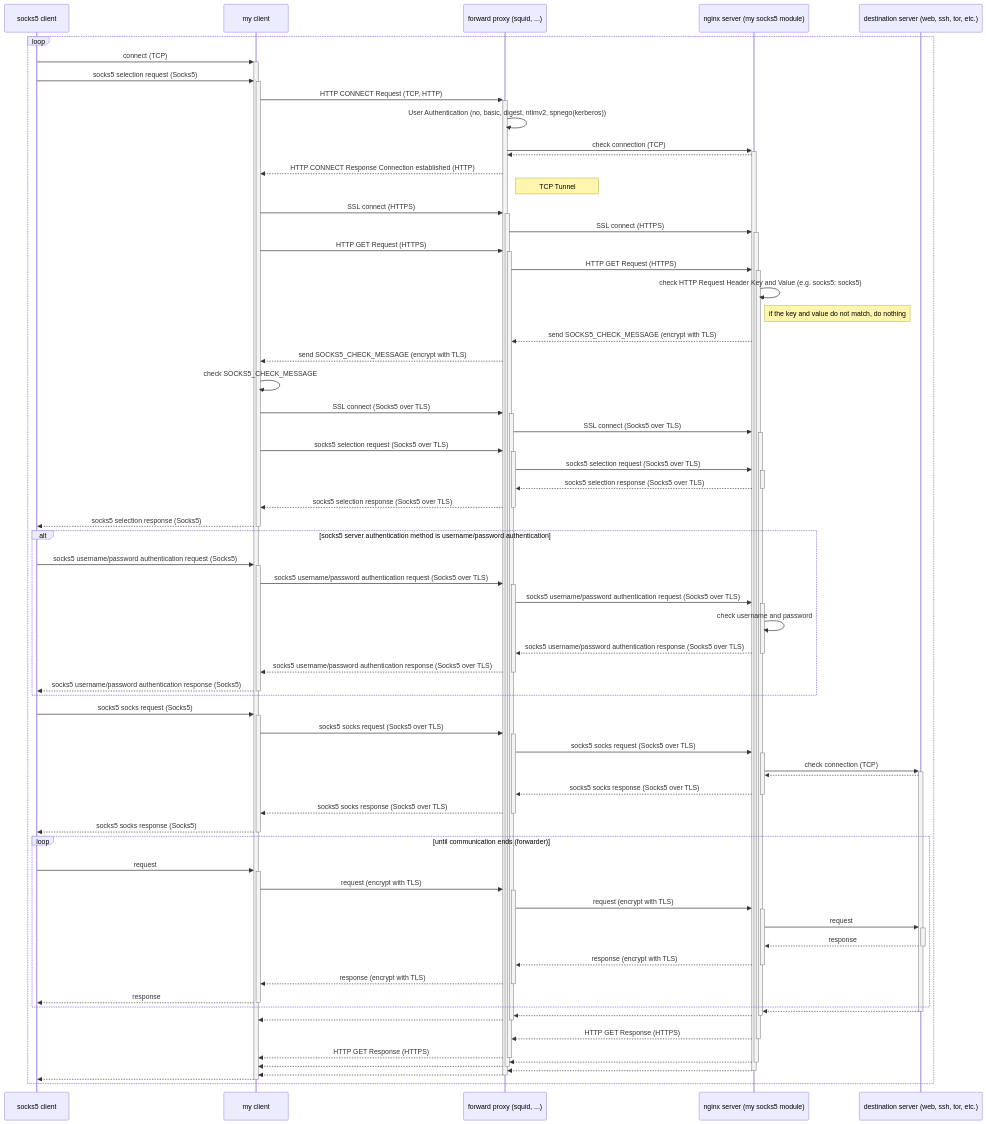
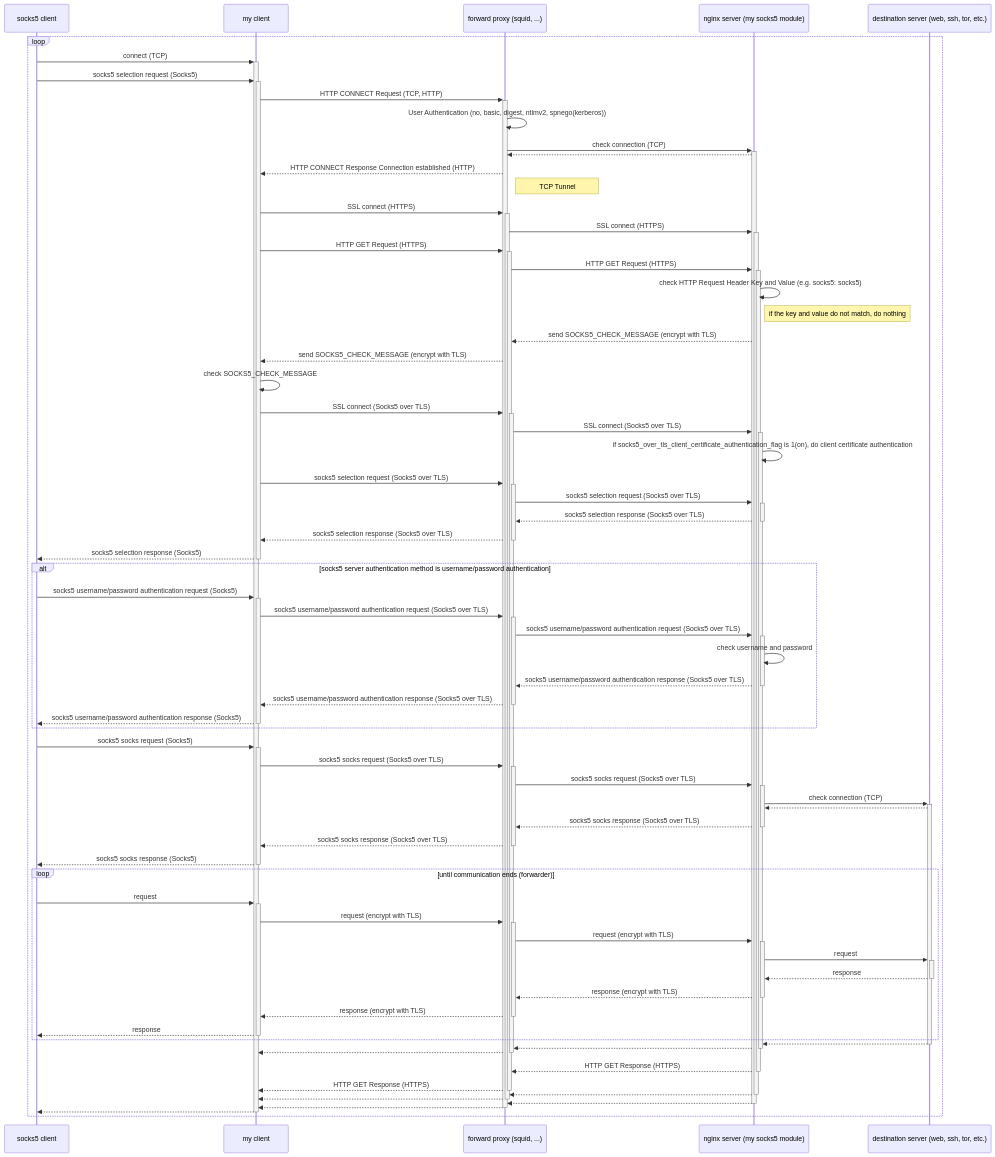
The third of 4 diagrams in README.md (shuichiro-endo/socks5-nginx-module-v2), drawn with Mermaid before and after one commit. The commit also changed other lines of this file and 7 other files, not shown here.

Commit message:
add client certificate authentication (socks5 over tls)

````diff
--- a/README.md
+++ b/README.md
@@ -124,71 +126,72 @@
 ```mermaid
 sequenceDiagram
     participant A as socks5 client
     participant B as my client
     participant C as forward proxy (squid, ...)
     participant D as nginx server (my socks5 module)
     participant E as destination server (web, ssh, tor, etc.)
     loop 
         A->>+B: connect (TCP)
         A->>+B: socks5 selection request (Socks5)
         B->>+C: HTTP CONNECT Request (TCP, HTTP)
         C->>C: User Authentication (no, basic, digest, ntlmv2, spnego(kerberos))
         C->>+D: check connection (TCP)
         D-->>C: 
         C-->>B: HTTP CONNECT Response Connection established (HTTP)
         note right of C: TCP Tunnel
         B->>+C: SSL connect (HTTPS)
         C->>+D: SSL connect (HTTPS)
         B->>+C: HTTP GET Request (HTTPS)
         C->>+D: HTTP GET Request (HTTPS)
         D->>D: check HTTP Request Header Key and Value (e.g. socks5: socks5)
         note right of D: if the key and value do not match, do nothing
         D-->>C: send SOCKS5_CHECK_MESSAGE (encrypt with TLS)
         C-->>B: send SOCKS5_CHECK_MESSAGE (encrypt with TLS)
         B->>B: check SOCKS5_CHECK_MESSAGE
         B->>+C: SSL connect (Socks5 over TLS)
         C->>+D: SSL connect (Socks5 over TLS)
+        D->>D: if socks5_over_tls_client_certificate_authentication_flag is 1(on), do client certificate authentication
         B->>+C: socks5 selection request (Socks5 over TLS)
         C->>+D: socks5 selection request (Socks5 over TLS)
         D-->>-C: socks5 selection response (Socks5 over TLS)
         C-->>-B: socks5 selection response (Socks5 over TLS)
         B-->>-A: socks5 selection response (Socks5)
         alt socks5 server authentication method is username/password authentication
         A->>+B: socks5 username/password authentication request (Socks5)
         B->>+C: socks5 username/password authentication request (Socks5 over TLS)
         C->>+D: socks5 username/password authentication request (Socks5 over TLS)
         D->>D: check username and password
         D-->>-C: socks5 username/password authentication response (Socks5 over TLS)
         C-->>-B: socks5 username/password authentication response (Socks5 over TLS)
         B-->>-A: socks5 username/password authentication response (Socks5)
         end
         A->>+B: socks5 socks request (Socks5)
         B->>+C: socks5 socks request (Socks5 over TLS)
         C->>+D: socks5 socks request (Socks5 over TLS)
         D->>+E: check connection (TCP)
         E-->>D: 
         D-->>-C: socks5 socks response (Socks5 over TLS)
         C-->>-B: socks5 socks response (Socks5 over TLS)
         B-->>-A: socks5 socks response (Socks5)
         loop until communication ends (forwarder)
             A->>+B: request
             B->>+C: request (encrypt with TLS)
             C->>+D: request (encrypt with TLS)
             D->>+E: request
             E-->>-D: response
             D-->>-C: response (encrypt with TLS)
             C-->>-B: response (encrypt with TLS)
             B-->>-A: response
         end
         E-->>-D: 
         D-->>-C: 
         C-->>-B: 
         D-->>-C: HTTP GET Response (HTTPS)
         C-->>-B: HTTP GET Response (HTTPS)
         D-->>-C: 
         C-->>-B: 
         D-->>-C: 
         C-->>-B: 
         B-->>-A: 
     end
 ```
````
